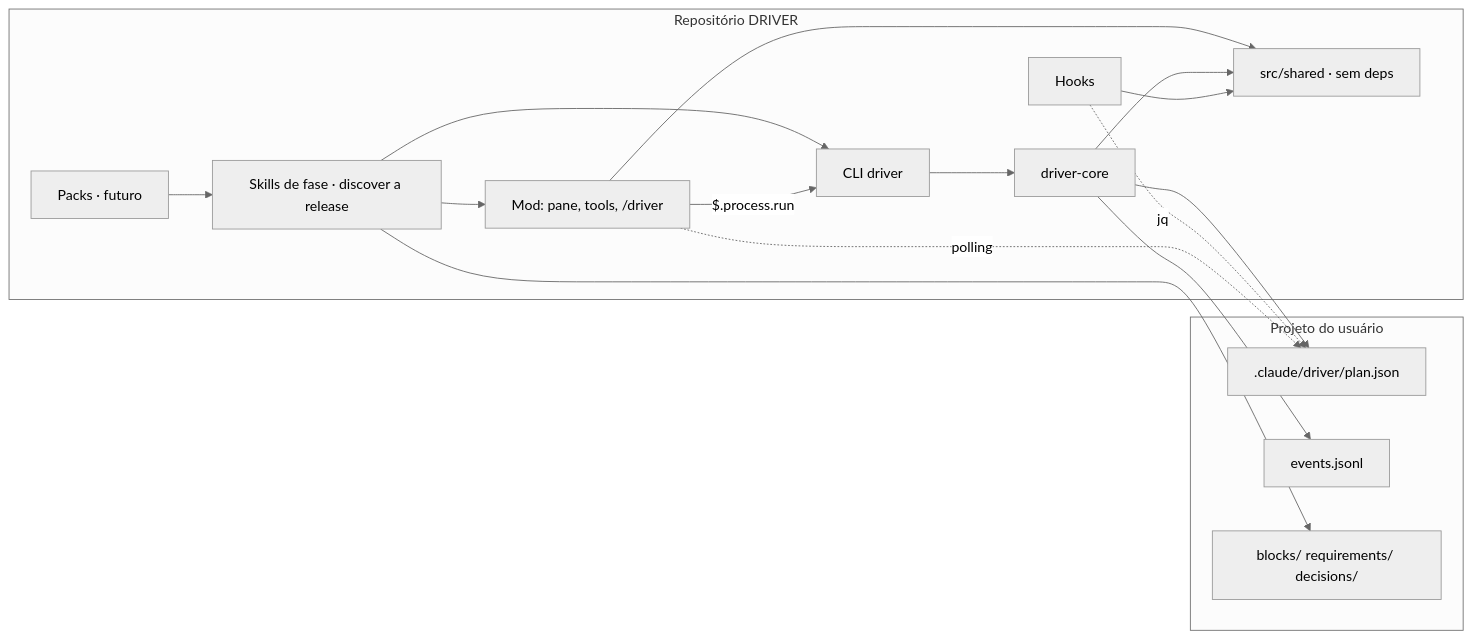
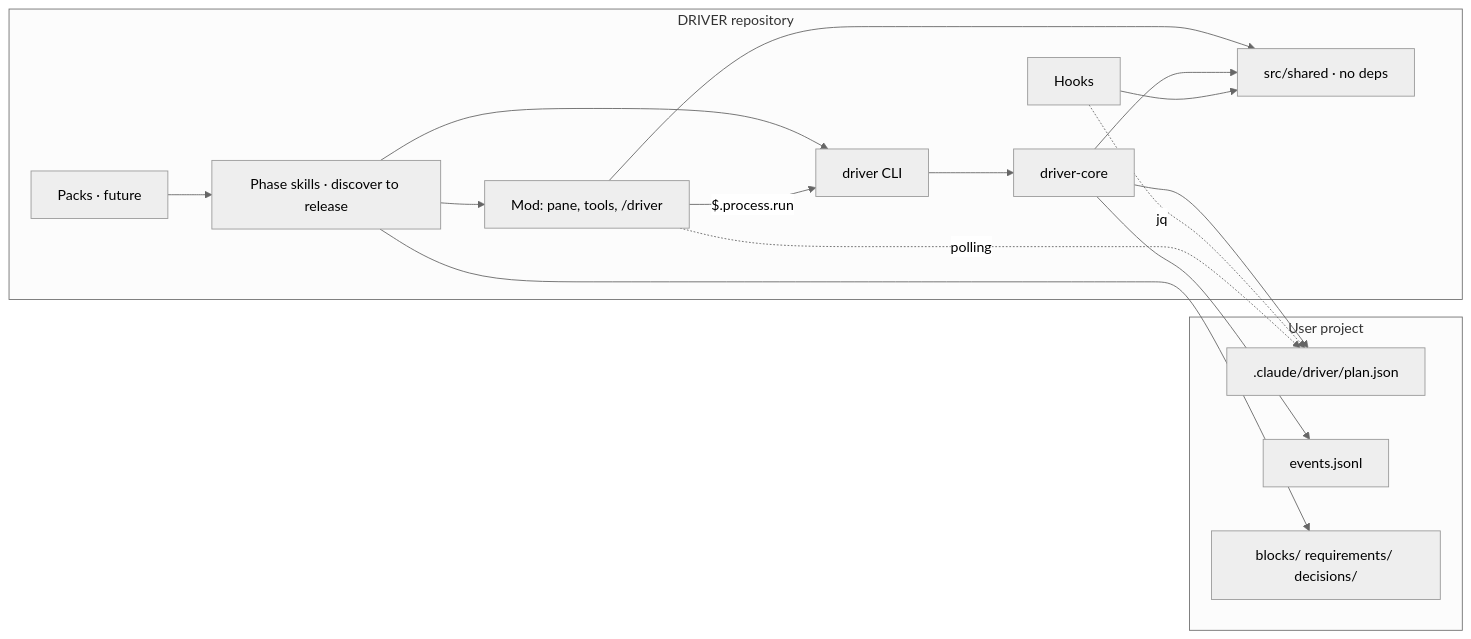
Before and after one commit to DiogoHSM/driver: the diagram in .claude/docs/ARCHITECTURE.md, drawn with Mermaid (neutral theme). The commit also changed other lines of this file and 26 other files, not shown here.

````diff
--- a/.claude/docs/ARCHITECTURE.md
+++ b/.claude/docs/ARCHITECTURE.md
@@ -41,30 +41,30 @@
 ```mermaid
 flowchart LR
-  subgraph repo[Repositório DRIVER]
+  subgraph repo[DRIVER repository]
     core[driver-core]
-    cli[CLI driver]
+    cli[driver CLI]
     hooks[Hooks]
-    shared[src/shared · sem deps]
+    shared[src/shared · no deps]
     mod[Mod: pane, tools, /driver]
-    skills[Skills de fase · discover a release]
-    packs[Packs · futuro]
+    skills[Phase skills · discover to release]
+    packs[Packs · future]
   end
-  subgraph user[Projeto do usuário]
+  subgraph user[User project]
     plan[.claude/driver/plan.json]
     events[events.jsonl]
     md[blocks/ requirements/ decisions/]
   end
   skills --> cli
   skills --> mod
   cli --> core
   mod -- $.process.run --> cli
   mod --> shared
   core --> shared
   hooks --> shared
   core --> plan
   core --> events
   hooks -. jq .-> plan
   mod -. polling .-> plan
   packs --> skills
   skills --> md
 ```
````
